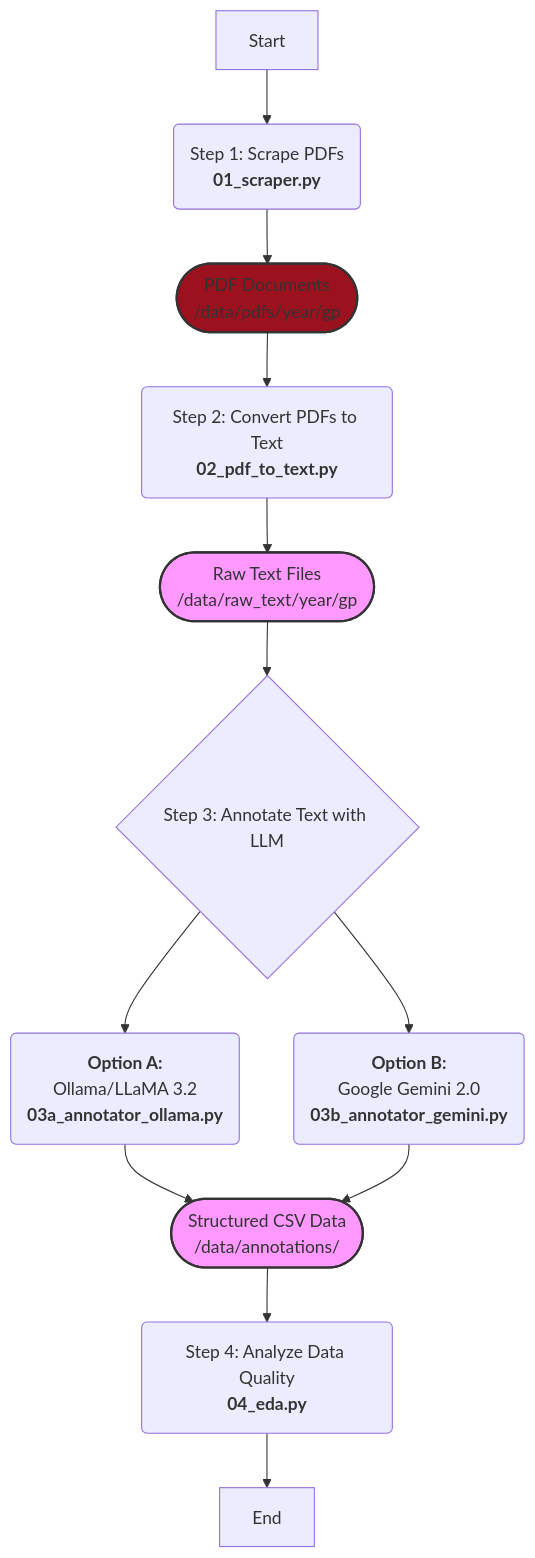
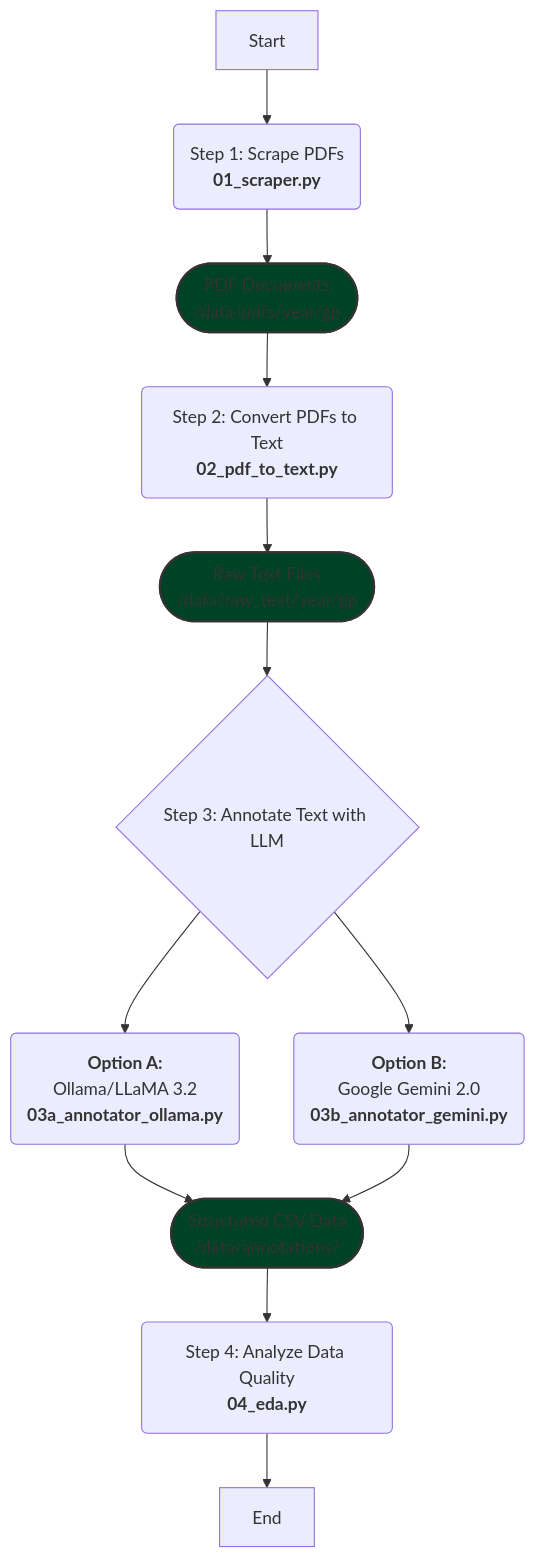
One commit to Rhabibi1609/End-to-End_ETL_4_formula-1-penalty-data-using-selenium-and-llms changed the first of 5 diagrams in README.md. Above: the diagram before and after it, drawn with Mermaid. The commit also changed other lines of this file, not shown here.

````diff
--- a/README.md
+++ b/README.md
@@ -20,18 +20,18 @@
 ```mermaid
 flowchart TD
     A[Start] --> B(Step 1: Scrape PDFs<br><b>01_scraper.py</b>);
     B --> C([PDF Documents<br>/data/pdfs/year/gp]);
     C --> D(Step 2: Convert PDFs to Text<br><b>02_pdf_to_text.py</b>);
     D --> E([Raw Text Files<br>/data/raw_text/year/gp]);
     E --> F{Step 3: Annotate Text with LLM};
     F --> G(<b>Option A:</b><br>Ollama/LLaMA 3.2<br><b>03a_annotator_ollama.py</b>);
     F --> H(<b>Option B:</b><br>Google Gemini 2.0<br><b>03b_annotator_gemini.py</b>);
     G --> I([Structured CSV Data<br>/data/annotations/]);
     H --> I;
     I --> J(Step 4: Analyze Data Quality<br><b>04_eda.py</b>);
     J --> K[End];
 
-    style C fill:#9B111E,stroke:#333,stroke-width:2px
-    style E fill:#f9f,stroke:#333,stroke-width:2px
-    style I fill:#f9f,stroke:#333,stroke-width:2px
+    style C fill:#004225,stroke:#333,stroke-width:2px
+    style E fill:#004225,stroke:#333,stroke-width:2px
+    style I fill:#004225,stroke:#333,stroke-width:2px
 ```
````
